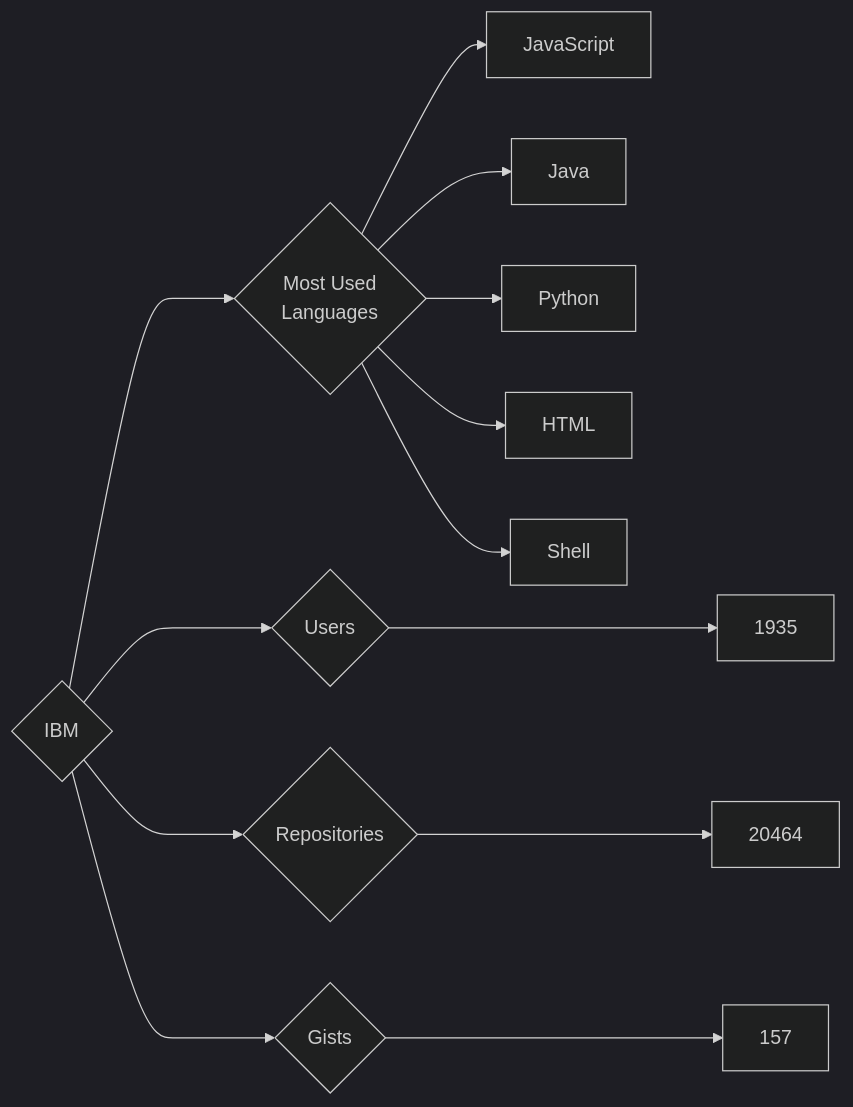
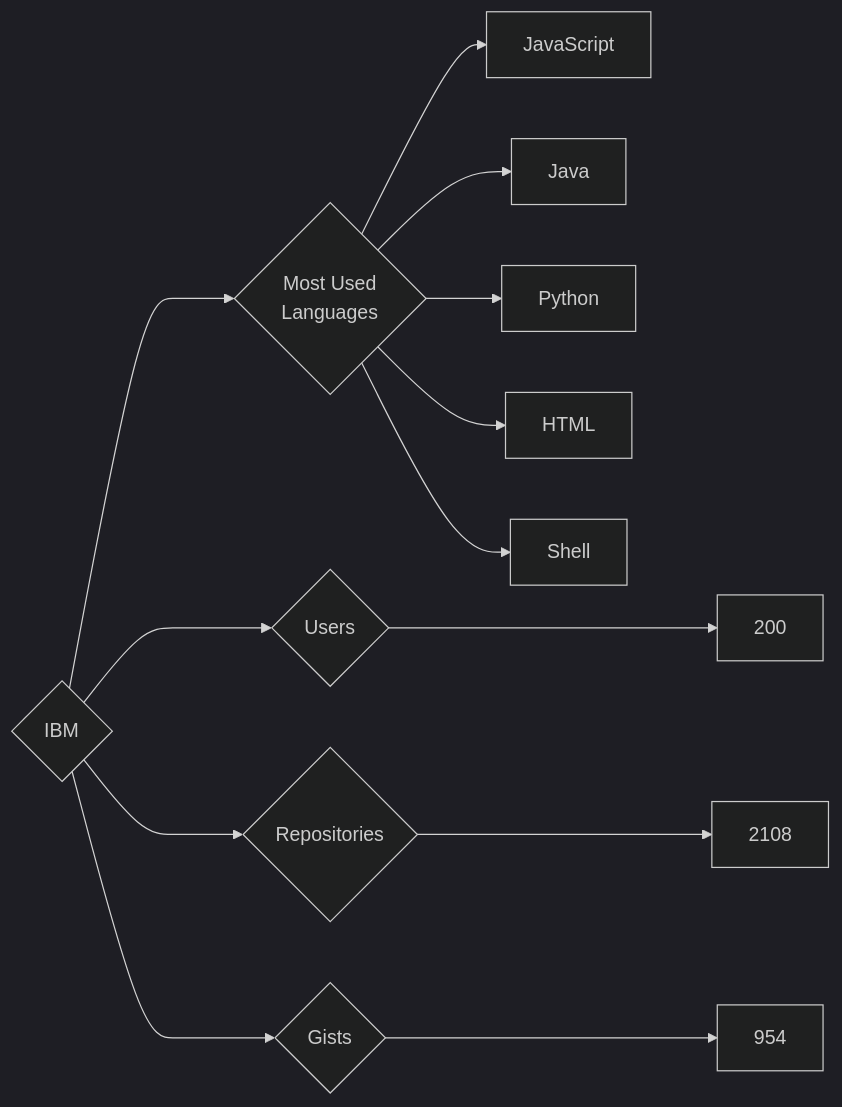
Before and after one commit to trickest/insiders: the diagram in targets/IBM/README.md, drawn with Mermaid (dark theme). The commit also changed 773 other files, not shown here.

````diff
--- a/targets/IBM/README.md
+++ b/targets/IBM/README.md
@@ -3,13 +3,13 @@
 ```mermaid
 graph LR
 COMPANY_NAME{IBM}
-COMPANY_NAME ---> U{Users} ---> UN[1935]
-COMPANY_NAME ---> R{Repositories} ---> RN[20464]
-COMPANY_NAME ---> G{Gists} ---> GN[157]
+COMPANY_NAME ---> U{Users} ---> UN[200]
+COMPANY_NAME ---> R{Repositories} ---> RN[2108]
+COMPANY_NAME ---> G{Gists} ---> GN[954]
 COMPANY_NAME ---> ML{Most Used<br>Languages}
 ML --> JavaScript[JavaScript]
 ML --> Java[Java]
 ML --> Python[Python]
 ML --> HTML[HTML]
 ML --> Shell[Shell]
 ```
````
